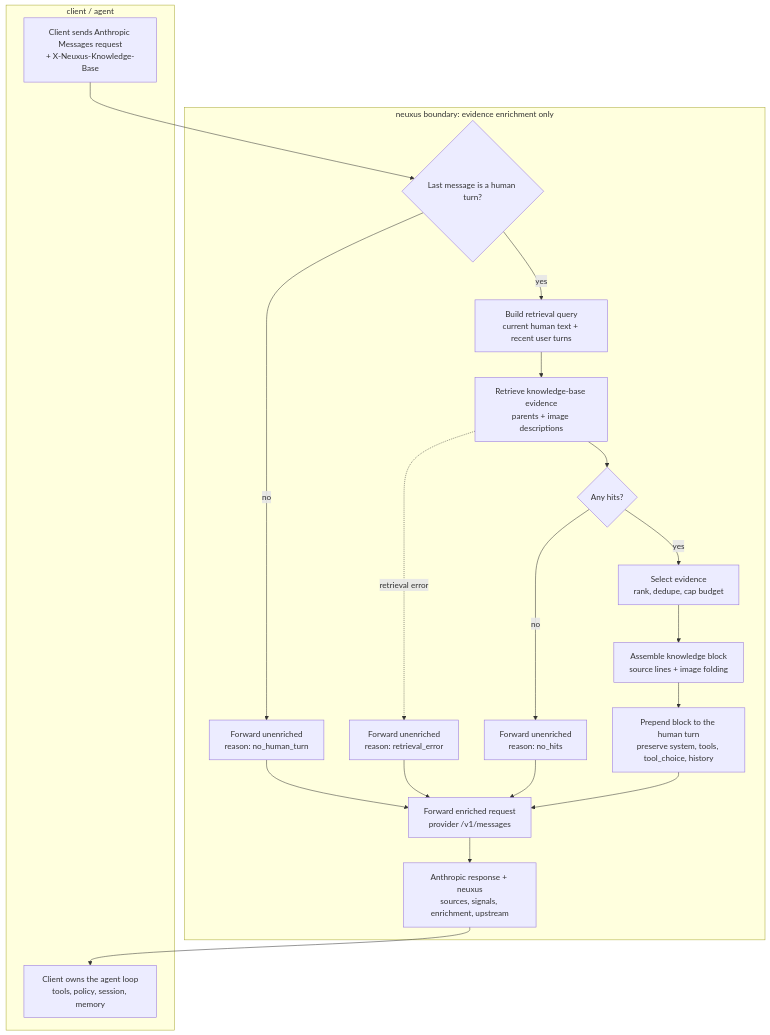
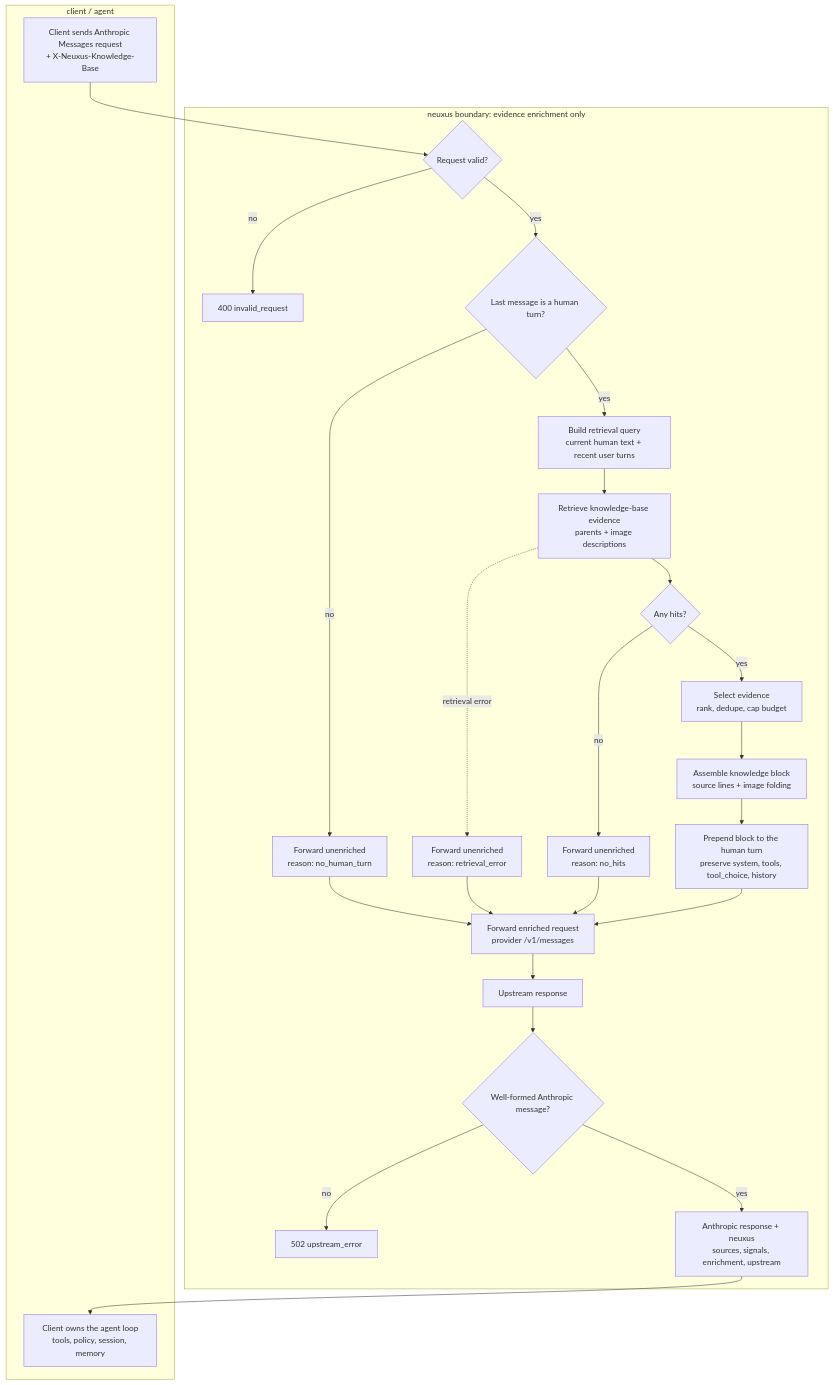
Before and after one commit to kyung-lee-official/neuxus: the diagram in docs/modern-knowledge-base-design/05-synthesis.md, drawn with Mermaid. The commit also changed other lines of this file and 1 other file, not shown here.

Commit message:
docs: enhance synthesis documentation to include request/response validation details

````diff
--- a/docs/modern-knowledge-base-design/05-synthesis.md
+++ b/docs/modern-knowledge-base-design/05-synthesis.md
@@ -29,42 +29,52 @@
 ```mermaid
 ---
 theme: neo-dark
 ---
 flowchart TD
-  REQUEST["Client sends Anthropic Messages request<br/>+ X-Neuxus-Knowledge-Base"] --> HUMAN{"Last message is a human turn?"}
+  REQUEST["Client sends Anthropic Messages request<br/>+ X-Neuxus-Knowledge-Base"] --> VALIDATE_REQUEST{"Request valid?"}
+  VALIDATE_REQUEST -- "no" --> BAD_REQUEST["400 invalid_request"]
+  VALIDATE_REQUEST -- "yes" --> HUMAN{"Last message is a human turn?"}
   HUMAN -- "no" --> NO_TURN["Forward unenriched<br/>reason: no_human_turn"]
   HUMAN -- "yes" --> QUERY["Build retrieval query<br/>current human text + recent user turns"]
   QUERY --> RETRIEVE["Retrieve knowledge-base evidence<br/>parents + image descriptions"]
   RETRIEVE -. "retrieval error" .-> RETRIEVAL_ERROR["Forward unenriched<br/>reason: retrieval_error"]
   RETRIEVE --> HITS{"Any hits?"}
   HITS -- "no" --> NO_HITS["Forward unenriched<br/>reason: no_hits"]
   HITS -- "yes" --> SELECT["Select evidence<br/>rank, dedupe, cap budget"]
   SELECT --> ASSEMBLE["Assemble knowledge block<br/>source lines + image folding"]
   ASSEMBLE --> INJECT["Prepend block to the human turn<br/>preserve system, tools, tool_choice, history"]
   INJECT --> FORWARD["Forward enriched request<br/>provider /v1/messages"]
   NO_TURN --> FORWARD
   NO_HITS --> FORWARD
   RETRIEVAL_ERROR --> FORWARD
-  FORWARD --> RESPONSE["Anthropic response + neuxus<br/>sources, signals, enrichment, upstream"]
+  FORWARD --> RECEIVED["Upstream response"]
+  RECEIVED --> VALIDATE_RESPONSE{"Well-formed Anthropic message?"}
+  VALIDATE_RESPONSE -- "no" --> UPSTREAM_ERROR["502 upstream_error"]
+  VALIDATE_RESPONSE -- "yes" --> RESPONSE["Anthropic response + neuxus<br/>sources, signals, enrichment, upstream"]
   RESPONSE --> CLIENT_LOOP["Client owns the agent loop<br/>tools, policy, session, memory"]
 
   subgraph neuxus["neuxus boundary: evidence enrichment only"]
+    VALIDATE_REQUEST
+    BAD_REQUEST
     HUMAN
     QUERY
     RETRIEVE
     HITS
     SELECT
     ASSEMBLE
     INJECT
     FORWARD
+    RECEIVED
+    VALIDATE_RESPONSE
+    UPSTREAM_ERROR
     RESPONSE
     NO_TURN
     NO_HITS
     RETRIEVAL_ERROR
   end
 
   subgraph client["client / agent"]
     REQUEST
     CLIENT_LOOP
   end
 ```
````
